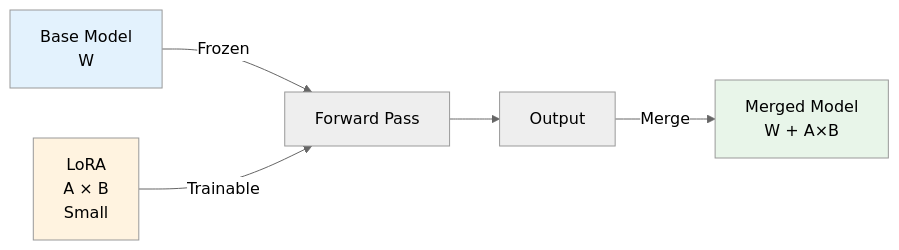
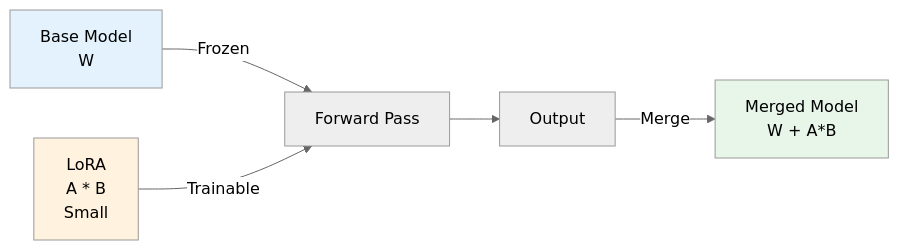
One commit to souradeepta/interviewprep-ai changed the first of 2 diagrams in llm/concepts/08-lora.md. Above: the diagram before and after it, drawn with Mermaid (neutral theme). The commit also changed other lines of this file, not shown here.

````diff
--- a/llm/concepts/08-lora.md
+++ b/llm/concepts/08-lora.md
@@ -103,11 +103,11 @@
 ```mermaid
 graph LR
     A["Base Model<br/>W"] -->|Frozen| B["Forward Pass"]
-    C["LoRA<br/>A × B<br/>Small"] -->|Trainable| B
+    C["LoRA<br/>A * B<br/>Small"] -->|Trainable| B
     B --> D["Output"]
-    D -->|Merge| E["Merged Model<br/>W + A×B"]
+    D -->|Merge| E["Merged Model<br/>W + A*B"]
 
     style A fill:#e3f2fd
     style C fill:#fff3e0
     style E fill:#e8f5e9
 ```
````
